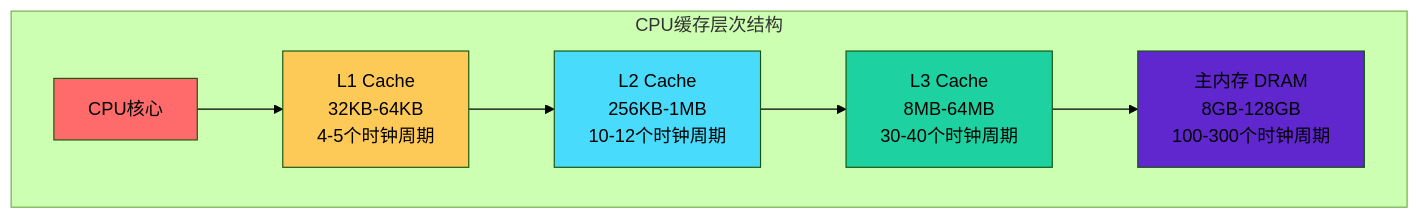
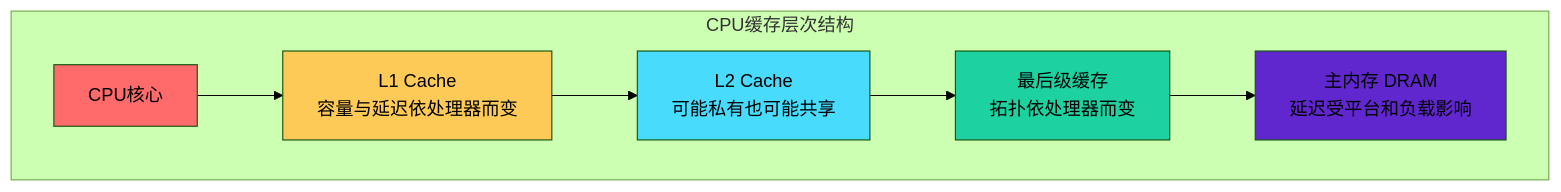
One commit to mlbo/cpp_learning changed the first of 7 diagrams in week_04/day_26/README.md. Above: the diagram before and after it, drawn with Mermaid (forest theme). The commit also changed other lines of this file and 675 other files, not shown here.

````diff
--- a/week_04/day_26/README.md
+++ b/week_04/day_26/README.md
@@ -25,15 +27,15 @@
 ```mermaid
 graph TB
     subgraph "CPU缓存层次结构"
-    CPU[CPU核心] --> L1["L1 Cache<br/>32KB-64KB<br/>4-5个时钟周期"]
-    L1 --> L2["L2 Cache<br/>256KB-1MB<br/>10-12个时钟周期"]
-    L2 --> L3["L3 Cache<br/>8MB-64MB<br/>30-40个时钟周期"]
-    L3 --> RAM["主内存 DRAM<br/>8GB-128GB<br/>100-300个时钟周期"]
+    CPU[CPU核心] --> L1["L1 Cache<br/>容量与延迟依处理器而变"]
+    L1 --> L2["L2 Cache<br/>可能私有也可能共享"]
+    L2 --> L3["最后级缓存<br/>拓扑依处理器而变"]
+    L3 --> RAM["主内存 DRAM<br/>延迟受平台和负载影响"]
     end
     
     style CPU fill:#ff6b6b
     style L1 fill:#feca57
     style L2 fill:#48dbfb
     style L3 fill:#1dd1a1
     style RAM fill:#5f27cd
 ```
````
